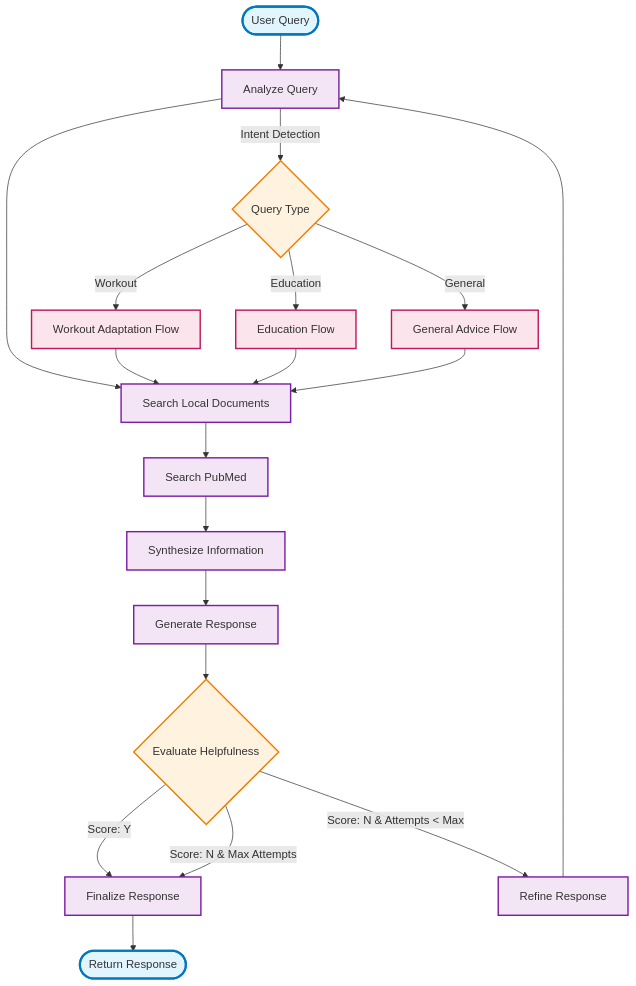
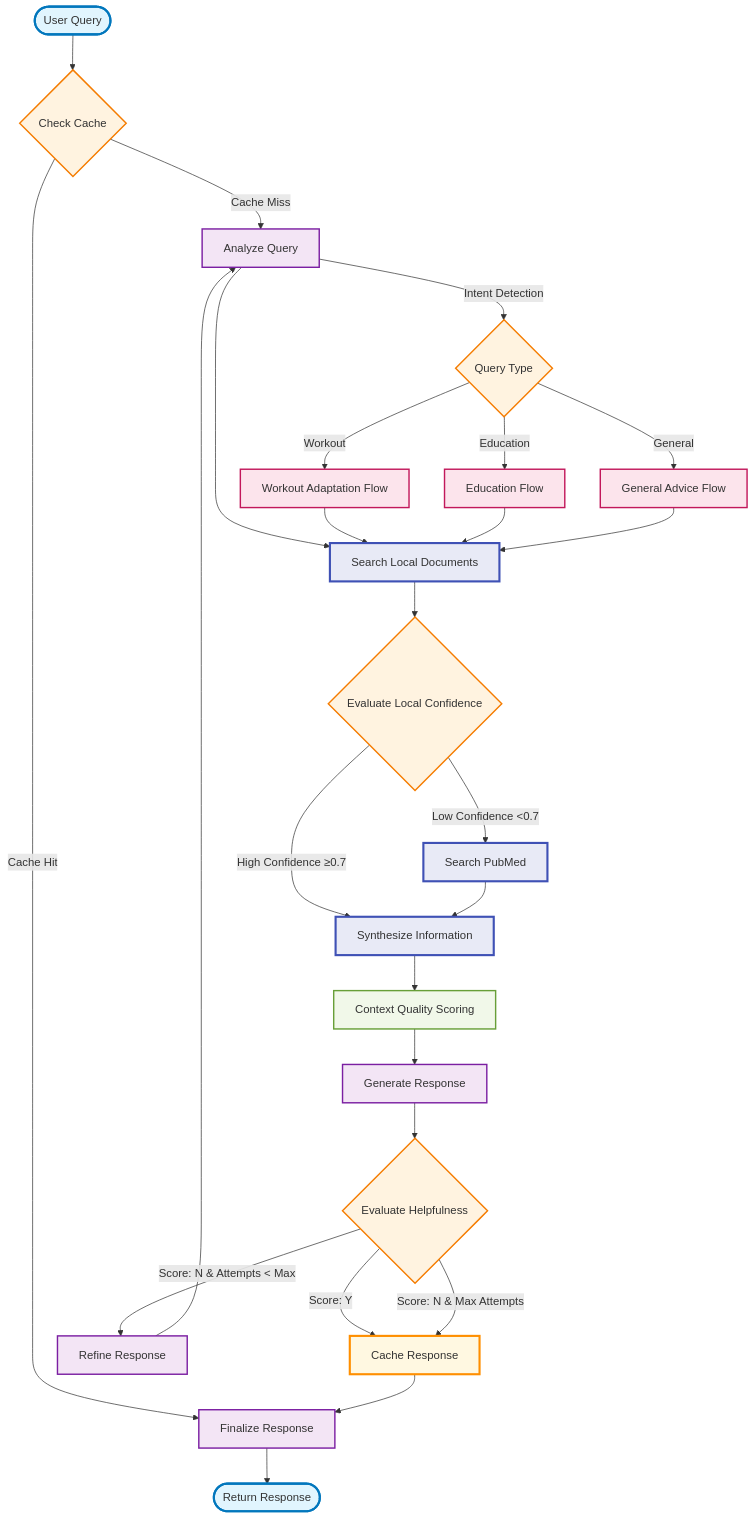
Before and after one commit to calevgian100/ai-certification-challenge: the diagram in docs/langgraph-workflow.md, drawn with Mermaid. The commit also changed other lines of this file and 4 other files, not shown here.

Commit message:
diagrams and fixes

````diff
--- a/docs/langgraph-workflow.md
+++ b/docs/langgraph-workflow.md
@@ -3,40 +3,58 @@
 ```mermaid
 graph TD
-    Start([User Query]) --> AnalyzeQuery[Analyze Query]
-    
+    Start([User Query]) --> CheckCache{Check Cache}
+
+    %% CACHING OPTIMIZATION
+    CheckCache -->|Cache Hit| FinalizeResponse[Finalize Response]
+    CheckCache -->|Cache Miss| AnalyzeQuery[Analyze Query]
+
+    %% EARLY EXIT OPTIMIZATION
     AnalyzeQuery --> SearchLocal[Search Local Documents]
-    SearchLocal --> SearchPubMed[Search PubMed]
-    SearchPubMed --> Synthesize[Synthesize Information]
-    Synthesize --> GenerateResponse[Generate Response]
-    
+    SearchLocal --> EvaluateConfidence{Evaluate Local Confidence}
+
+    EvaluateConfidence -->|High Confidence ≥0.7| Synthesize[Synthesize Information]
+    EvaluateConfidence -->|Low Confidence <0.7| SearchPubMed[Search PubMed]
+    SearchPubMed --> Synthesize
+
+    %% QUALITY-AWARE SYNTHESIS
+    Synthesize --> QualityScoring[Context Quality Scoring]
+    QualityScoring --> GenerateResponse[Generate Response]
+
     GenerateResponse --> EvaluateHelpfulness{Evaluate Helpfulness}
-    
-    EvaluateHelpfulness -->|Score: Y| FinalizeResponse[Finalize Response]
+
+    EvaluateHelpfulness -->|Score: Y| CacheResponse[Cache Response]
     EvaluateHelpfulness -->|Score: N & Attempts < Max| RefineResponse[Refine Response]
-    EvaluateHelpfulness -->|Score: N & Max Attempts| FinalizeResponse
-    
+    EvaluateHelpfulness -->|Score: N & Max Attempts| CacheResponse
+
     RefineResponse --> AnalyzeQuery
+    CacheResponse --> FinalizeResponse
     FinalizeResponse --> End([Return Response])
-    
+
     %% Node Details
     AnalyzeQuery --> |Intent Detection| QueryType{Query Type}
     QueryType -->|Workout| WorkoutFlow[Workout Adaptation Flow]
     QueryType -->|Education| EducationFlow[Education Flow]
     QueryType -->|General| GeneralFlow[General Advice Flow]
-    
+
     WorkoutFlow --> SearchLocal
     EducationFlow --> SearchLocal
     GeneralFlow --> SearchLocal
-    
+
     %% Styling
     classDef startEnd fill:#e1f5fe,stroke:#0277bd,stroke-width:3px
     classDef process fill:#f3e5f5,stroke:#7b1fa2,stroke-width:2px
     classDef decision fill:#fff3e0,stroke:#f57c00,stroke-width:2px
     classDef evaluation fill:#e8f5e8,stroke:#388e3c,stroke-width:2px
     classDef flow fill:#fce4ec,stroke:#c2185b,stroke-width:2px
-    
+    classDef optimization fill:#e8eaf6,stroke:#3f51b5,stroke-width:3px
+    classDef cache fill:#fff8e1,stroke:#ff8f00,stroke-width:3px
+    classDef quality fill:#f1f8e9,stroke:#689f38,stroke-width:2px
+
     class Start,End startEnd
-    class AnalyzeQuery,SearchLocal,SearchPubMed,Synthesize,GenerateResponse,RefineResponse,FinalizeResponse process
-    class EvaluateHelpfulness,QueryType decision
+    class AnalyzeQuery,GenerateResponse,RefineResponse,FinalizeResponse process
+    class EvaluateHelpfulness,QueryType,CheckCache,EvaluateConfidence decision
     class WorkoutFlow,EducationFlow,GeneralFlow flow
+    class SearchLocal,SearchPubMed,Synthesize optimization
+    class CacheResponse cache
+    class QualityScoring quality
 ```
````
